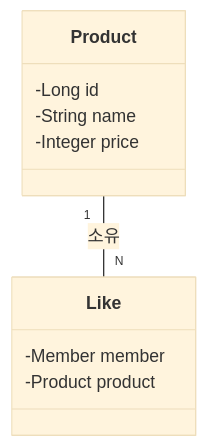
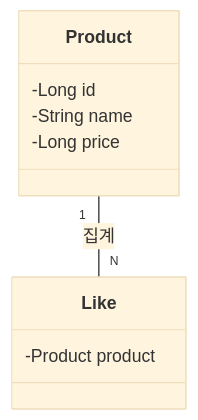
Before and after one commit to dhgu-dev/e-commerce: the third of 9 diagrams in docs/design/03-class-diagrams.md, drawn with Mermaid (base theme). The commit also changed other lines of this file and 3 other files, not shown here.

First line of the commit message:
docs: 시퀀스 및 클래스 다이어그램 개선 (#11)

````diff
--- a/docs/design/03-class-diagrams.md
+++ b/docs/design/03-class-diagrams.md
@@ -50,13 +46,12 @@
 ```mermaid
 classDiagram
     class Product {
         -Long id
         -String name
-        -Integer price
+        -Long price
     }
     class Like {
-        -Member member
         -Product product
     }
-    Product "1" -- "N" Like : 소유
+    Product "1" -- "N" Like : 집계
 ```
````
